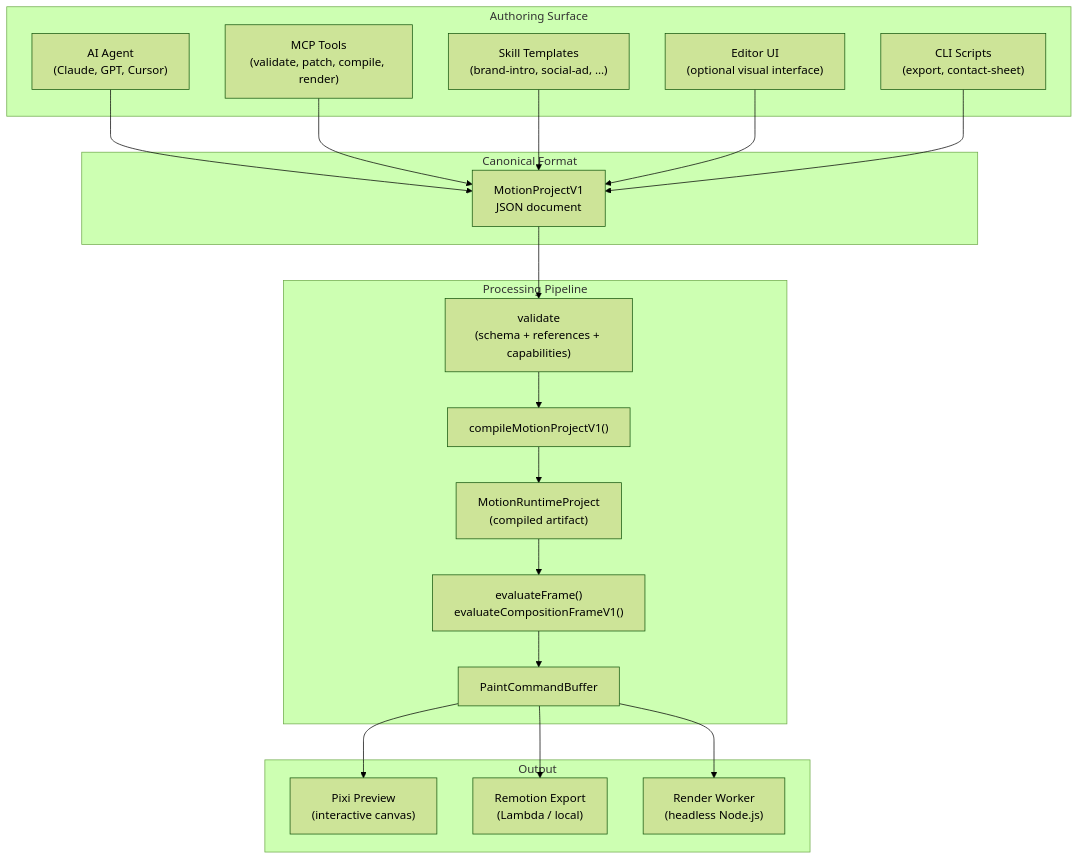
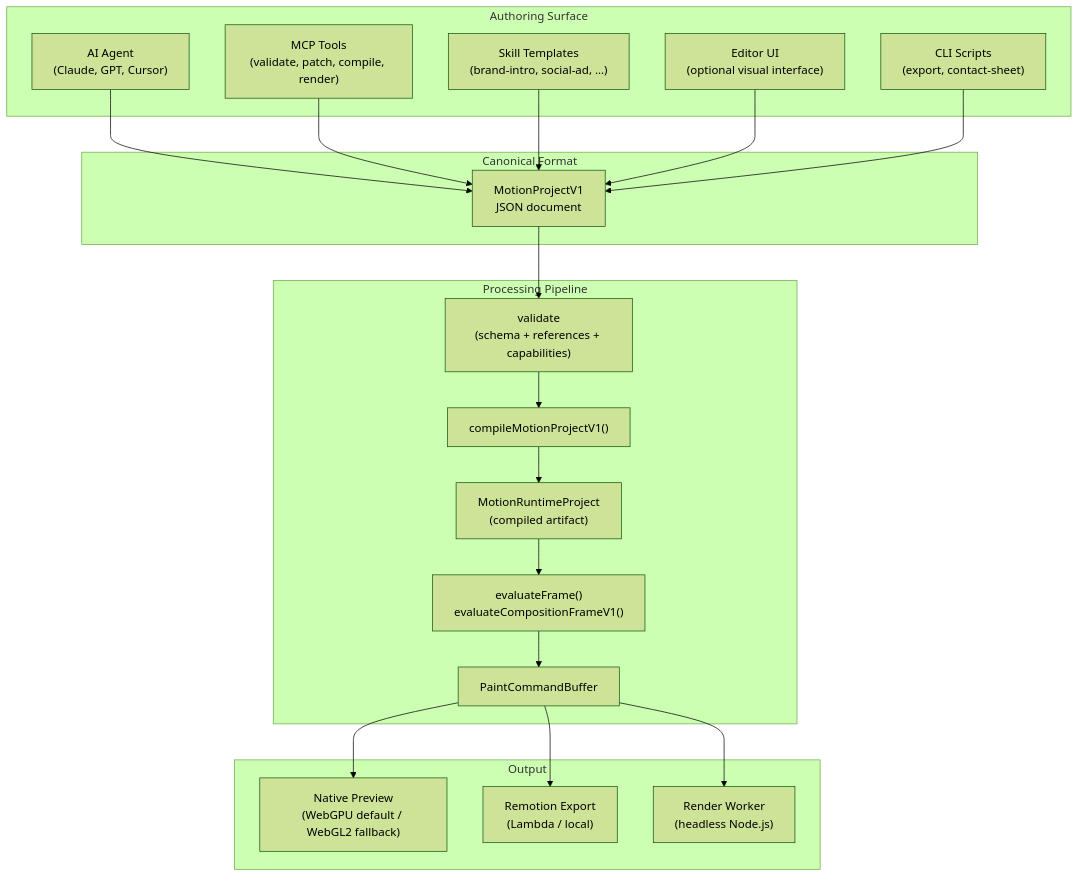
One commit to mankhb2k/neonix-native changed the second of 2 diagrams in docs/ai-first-editor-architecture.md. Above: the diagram before and after it, drawn with Mermaid (forest theme). The commit also changed other lines of this file and 142 other files, not shown here.

````diff
--- a/docs/ai-first-editor-architecture.md
+++ b/docs/ai-first-editor-architecture.md
@@ -17,42 +226,42 @@
 ```mermaid
 flowchart TB
   subgraph Authoring["Authoring Surface"]
     AI["AI Agent<br/>(Claude, GPT, Cursor)"]
     MCP["MCP Tools<br/>(validate, patch, compile, render)"]
     SKILL["Skill Templates<br/>(brand-intro, social-ad, …)"]
     EDITOR["Editor UI<br/>(optional visual interface)"]
     CLI["CLI Scripts<br/>(export, contact-sheet)"]
   end
 
   subgraph Canonical["Canonical Format"]
     V1["MotionProjectV1<br/>JSON document"]
   end
 
   subgraph Pipeline["Processing Pipeline"]
     VALIDATE["validate<br/>(schema + references + capabilities)"]
     COMPILE["compileMotionProjectV1()"]
     IR["MotionRuntimeProject<br/>(compiled artifact)"]
     EVAL["evaluateFrame()<br/>evaluateCompositionFrameV1()"]
     PAINT["PaintCommandBuffer"]
   end
 
   subgraph Output["Output"]
-    PIXI["Pixi Preview<br/>(interactive canvas)"]
+    PREVIEW["Native Preview<br/>(WebGPU default / WebGL2 fallback)"]
     REMOTION["Remotion Export<br/>(Lambda / local)"]
     WORKER["Render Worker<br/>(headless Node.js)"]
   end
 
   AI --> V1
   MCP --> V1
   SKILL --> V1
   EDITOR --> V1
   CLI --> V1
   V1 --> VALIDATE
   VALIDATE --> COMPILE
   COMPILE --> IR
   IR --> EVAL
   EVAL --> PAINT
-  PAINT --> PIXI
+  PAINT --> PREVIEW
   PAINT --> REMOTION
   PAINT --> WORKER
 ```
````
